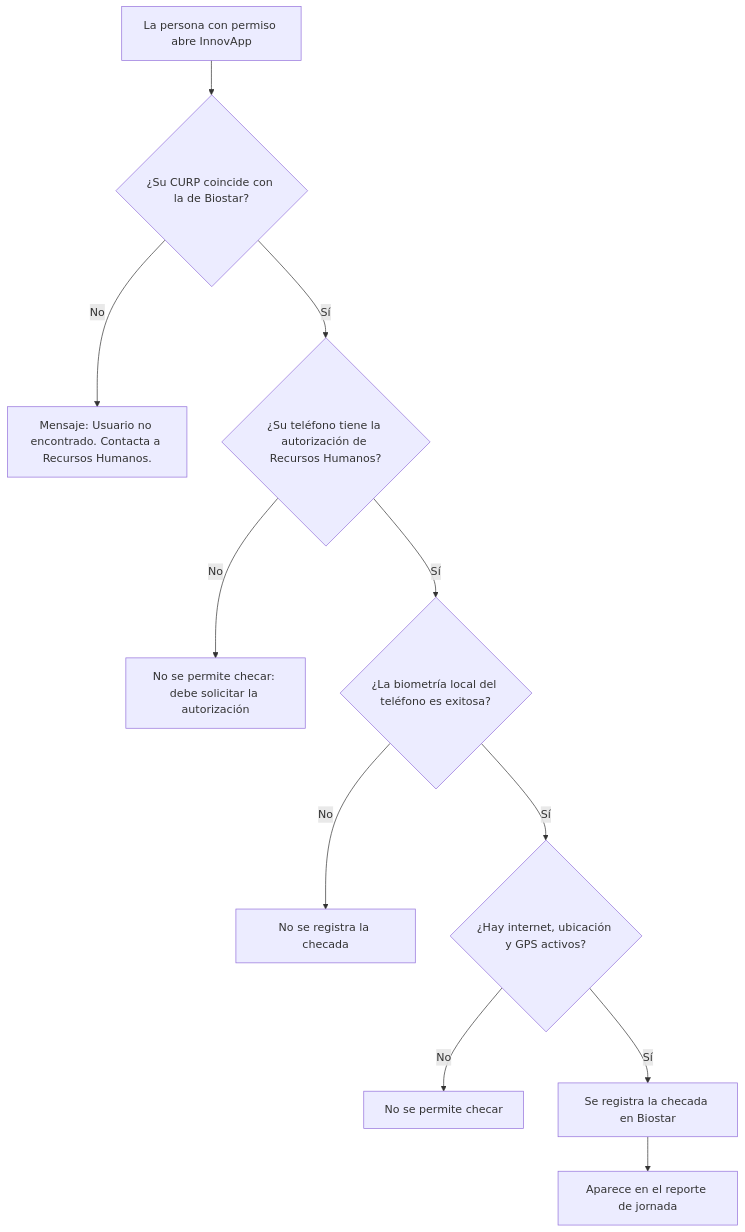
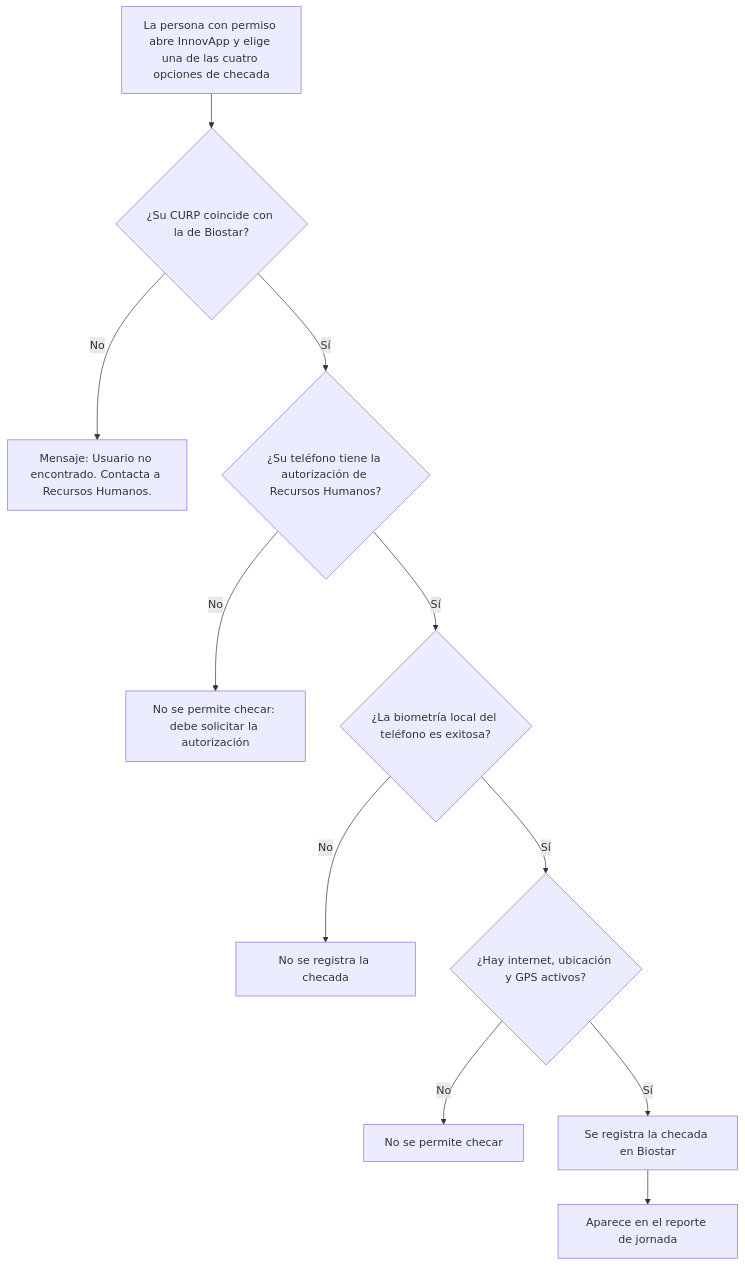
The fourth of 4 diagrams in docs/Proyectos/iNN/Control de Asistencias/Requerimientos-Funcionales-Control-de-Asistencia-Analisis-de-Negocio.md (solis1408/Business-Suite), drawn with Mermaid before and after one commit. The commit also changed other lines of this file, not shown here.

First line of the commit message:
docs(asistencias): agrupa reporte por persona, fija columnas y agrega historial en InnovApp

````diff
--- a/docs/Proyectos/iNN/Control de Asistencias/Requerimientos-Funcionales-Control-de-Asistencia-Analisis-de-Negocio.md
+++ b/docs/Proyectos/iNN/Control de Asistencias/Requerimientos-Funcionales-Control-de-Asistencia-Analisis-de-Negocio.md
@@ -1896,13 +1965,13 @@
 ```mermaid
 flowchart TD
-    A[La persona con permiso abre InnovApp] --> B{¿Su CURP coincide con la de Biostar?}
+    A[La persona con permiso abre InnovApp y elige una de las cuatro opciones de checada] --> B{¿Su CURP coincide con la de Biostar?}
     B -- No --> X[Mensaje: Usuario no encontrado. Contacta a Recursos Humanos.]
     B -- Sí --> T{¿Su teléfono tiene la autorización de Recursos Humanos?}
     T -- No --> W[No se permite checar: debe solicitar la autorización]
     T -- Sí --> C{¿La biometría local del teléfono es exitosa?}
     C -- No --> Y[No se registra la checada]
     C -- Sí --> D{¿Hay internet, ubicación y GPS activos?}
     D -- No --> Z[No se permite checar]
     D -- Sí --> E[Se registra la checada en Biostar]
     E --> F[Aparece en el reporte de jornada]
 ```
````
